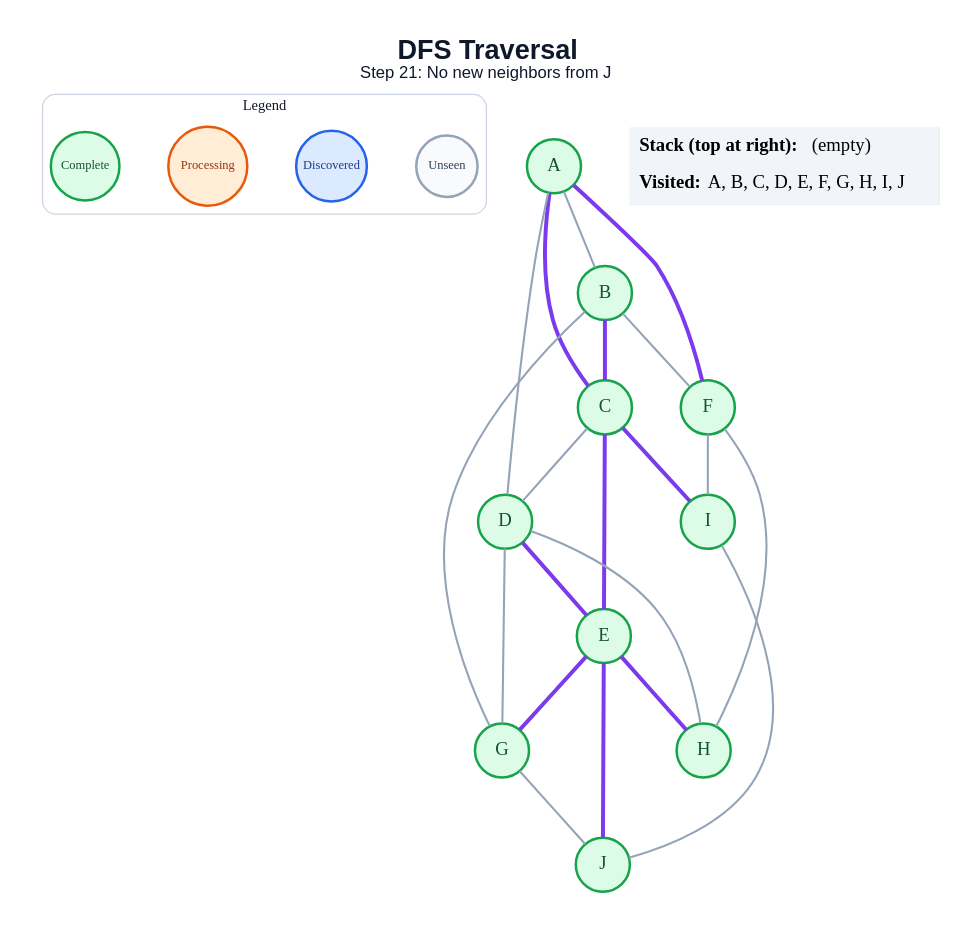
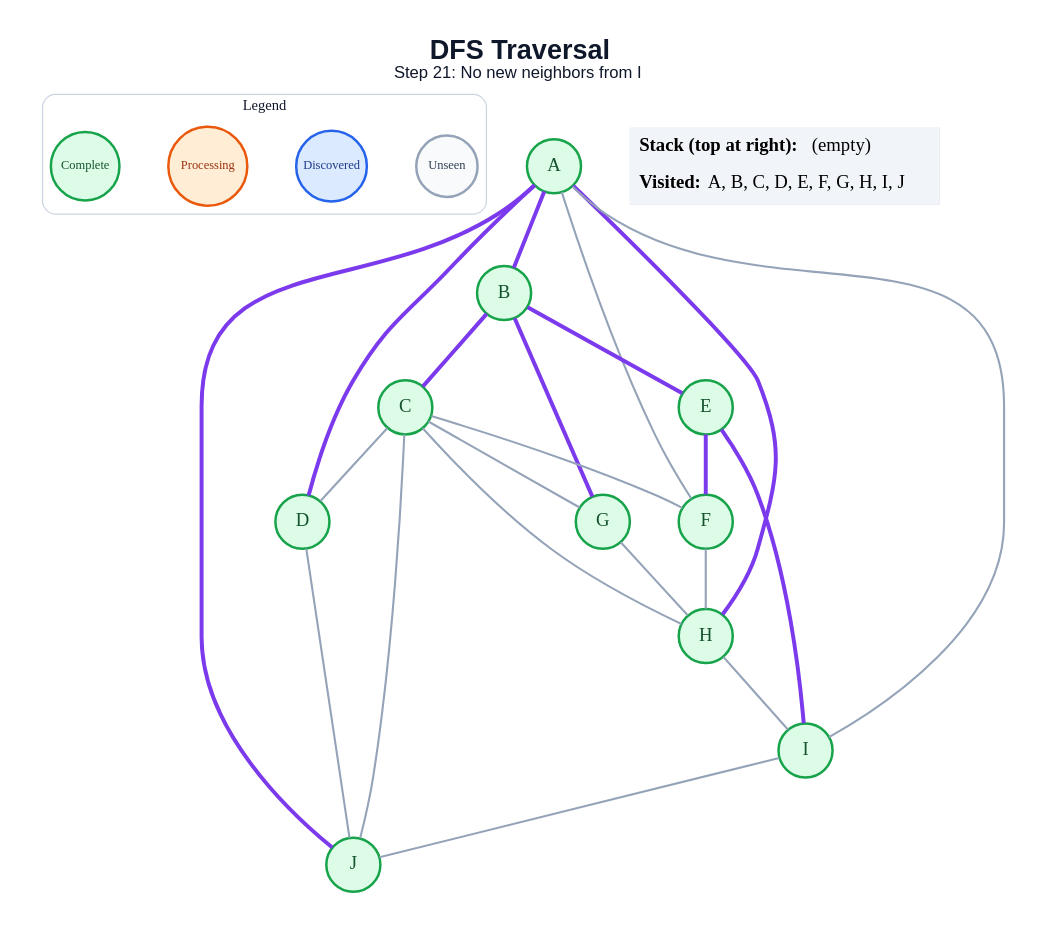
One commit to anon7238593-create/ai-slop changed the diagram in generated/specific-node/dfs/step_21.dot. Above: the diagram before and after it, drawn with Graphviz. The commit also changed 178 other files, not shown here.

```diff
--- a/generated/specific-node/dfs/step_21.dot
+++ b/generated/specific-node/dfs/step_21.dot
@@ -1,49 +1,50 @@
 graph traversal {
   graph [layout=dot, rankdir=TB, bgcolor="#FFFFFF", pad="0.35", nodesep="0.65", ranksep="0.8", fontname="Arial"];
   node [shape=circle, style="filled", fontname="Arial Bold", fontsize=18, width=0.72, fixedsize=true, penwidth=2.4];
   edge [color="#94A3B8", penwidth=2.0];
-  label=<<B>DFS Traversal</B><BR/><FONT POINT-SIZE="16">Step 21: No new neighbors from J</FONT>>; labelloc="t"; fontsize=26; fontname="Arial"; fontcolor="#0F172A";
+  label=<<B>DFS Traversal</B><BR/><FONT POINT-SIZE="16">Step 21: No new neighbors from I</FONT>>; labelloc="t"; fontsize=26; fontname="Arial"; fontcolor="#0F172A";
   subgraph cluster_legend { label="Legend"; color="#CBD5E1"; penwidth=1.2; style="rounded"; fontsize=14; fontname="Arial Bold";
     key_unseen [label="Unseen", fillcolor="#F8FAFC", color="#94A3B8", fontcolor="#334155", fontsize=12, width=0.82];
     key_frontier [label="Discovered", fillcolor="#DBEAFE", color="#2563EB", fontcolor="#1E3A8A", fontsize=12, width=0.95];
     key_current [label="Processing", fillcolor="#FFEDD5", color="#EA580C", fontcolor="#9A3412", fontsize=12, width=1.05];
     key_done [label="Complete", fillcolor="#DCFCE7", color="#16A34A", fontcolor="#14532D", fontsize=12, width=0.92];
     { rank=same; key_unseen; key_frontier; key_current; key_done; }
   }
   A [fillcolor="#DCFCE7", color="#16A34A", fontcolor="#14532D"];
   B [fillcolor="#DCFCE7", color="#16A34A", fontcolor="#14532D"];
   C [fillcolor="#DCFCE7", color="#16A34A", fontcolor="#14532D"];
   D [fillcolor="#DCFCE7", color="#16A34A", fontcolor="#14532D"];
   E [fillcolor="#DCFCE7", color="#16A34A", fontcolor="#14532D"];
   F [fillcolor="#DCFCE7", color="#16A34A", fontcolor="#14532D"];
   G [fillcolor="#DCFCE7", color="#16A34A", fontcolor="#14532D"];
   H [fillcolor="#DCFCE7", color="#16A34A", fontcolor="#14532D"];
   I [fillcolor="#DCFCE7", color="#16A34A", fontcolor="#14532D"];
   J [fillcolor="#DCFCE7", color="#16A34A", fontcolor="#14532D"];
-  A -- B;
-  A -- C [color="#7C3AED", penwidth=3.8];
-  A -- D;
-  A -- F [color="#7C3AED", penwidth=3.8];
+  A -- B [color="#7C3AED", penwidth=3.8];
+  A -- D [color="#7C3AED", penwidth=3.8];
+  A -- F;
+  A -- H [color="#7C3AED", penwidth=3.8];
+  A -- I;
+  A -- J [color="#7C3AED", penwidth=3.8];
   B -- C [color="#7C3AED", penwidth=3.8];
-  B -- F;
-  B -- G;
+  B -- E [color="#7C3AED", penwidth=3.8];
+  B -- G [color="#7C3AED", penwidth=3.8];
   C -- D;
-  C -- E [color="#7C3AED", penwidth=3.8];
-  C -- I [color="#7C3AED", penwidth=3.8];
-  D -- E [color="#7C3AED", penwidth=3.8];
-  D -- G;
-  D -- H;
-  E -- G [color="#7C3AED", penwidth=3.8];
-  E -- H [color="#7C3AED", penwidth=3.8];
-  E -- J [color="#7C3AED", penwidth=3.8];
+  C -- F;
+  C -- G;
+  C -- H;
+  C -- J;
+  D -- J;
+  E -- F [color="#7C3AED", penwidth=3.8];
+  E -- I [color="#7C3AED", penwidth=3.8];
   F -- H;
-  F -- I;
-  G -- J;
+  G -- H;
+  H -- I;
   I -- J;
   status [shape=plain, fixedsize=false, width=0, height=0, margin=0, label=<
     <TABLE BORDER="0" CELLBORDER="0" CELLPADDING="7" BGCOLOR="#F1F5F9">
       <TR><TD ALIGN="LEFT"><B>Stack (top at right):</B> (empty)</TD></TR>
       <TR><TD ALIGN="LEFT"><B>Visited:</B> A, B, C, D, E, F, G, H, I, J</TD></TR>
     </TABLE>
   >];
 }
```
